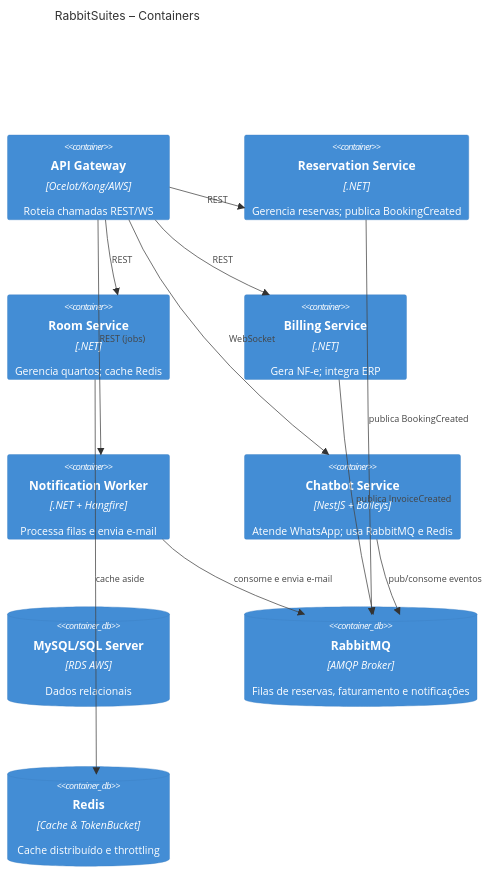
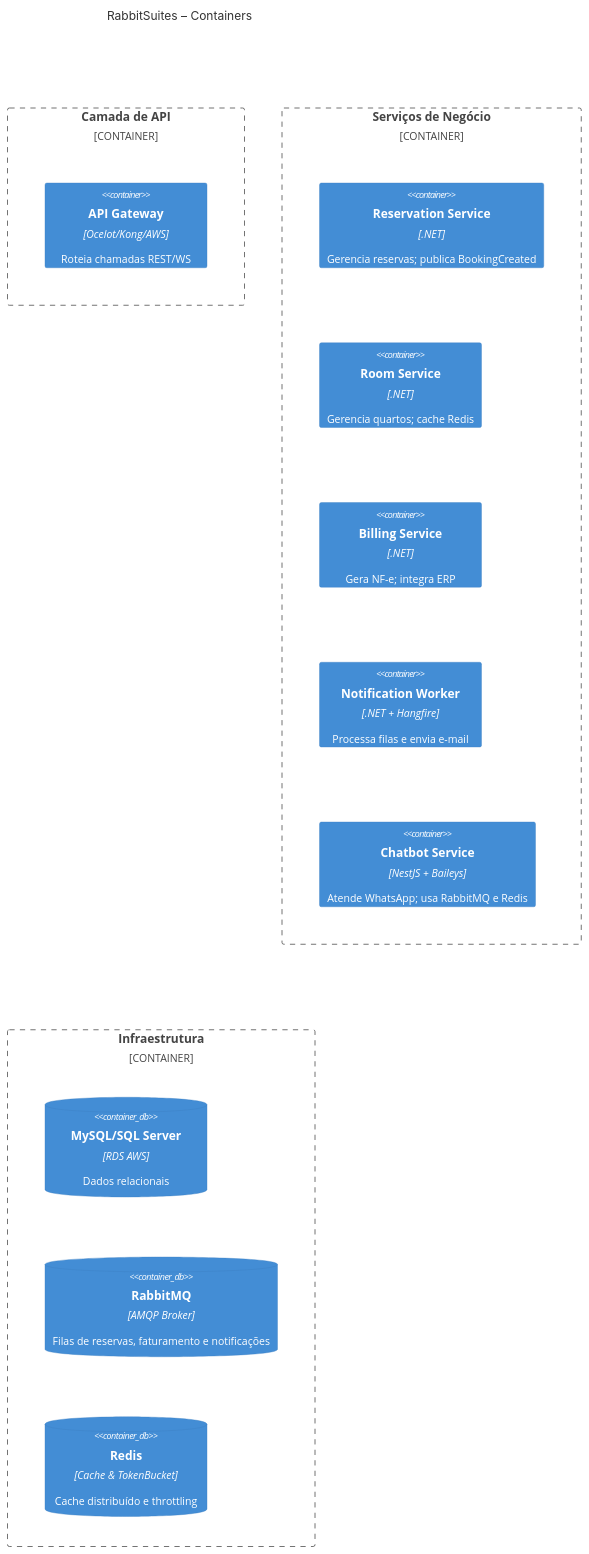
The second of 3 diagrams in README.md (gustavojose136/portifolio-catolicasc), drawn with Mermaid before and after one commit. The commit also changed other lines of this file, not shown here.

Commit message:
Ajuste no mermaid

````diff
--- a/README.md
+++ b/README.md
@@ -194,23 +203,22 @@
 ```mermaid
 C4Container
     title RabbitSuites – Containers
-    Container(apiGateway, "API Gateway", "Ocelot/Kong/AWS", "Roteia chamadas REST/WS")
-    Container(reservationSvc, "Reservation Service", ".NET", "Gerencia reservas; publica BookingCreated")
-    Container(roomSvc, "Room Service", ".NET", "Gerencia quartos; cache Redis")
-    Container(billingSvc, "Billing Service", ".NET", "Gera NF-e; integra ERP")
-    Container(notificationSvc, "Notification Worker", ".NET + Hangfire", "Processa filas e envia e-mail")
-    Container(chatbotSvc, "Chatbot Service", "NestJS + Baileys", "Atende WhatsApp; usa RabbitMQ e Redis")
-    ContainerDb(mysql, "MySQL/SQL Server", "RDS AWS", "Dados relacionais")
-    ContainerDb(rabbit, "RabbitMQ", "AMQP Broker", "Filas de reservas, faturamento e notificações")
-    ContainerDb(redis, "Redis", "Cache & TokenBucket", "Cache distribuído e throttling")
-    Rel(apiGateway, reservationSvc, "REST")
-    Rel(apiGateway, roomSvc, "REST")
-    Rel(apiGateway, billingSvc, "REST")
-    Rel(apiGateway, notificationSvc, "REST (jobs)")
-    Rel(apiGateway, chatbotSvc, "WebSocket")
-    Rel(reservationSvc, rabbit, "publica BookingCreated")
-    Rel(billingSvc, rabbit, "publica InvoiceCreated")
-    Rel(notificationSvc, rabbit, "consome e envia e-mail")
-    Rel(chatbotSvc, rabbit, "pub/consome eventos")
-    Rel(roomSvc, redis, "cache aside")
+
+    Container_Boundary(api_boundary, "Camada de API") {
+        Container(apiGateway, "API Gateway", "Ocelot/Kong/AWS", "Roteia chamadas REST/WS")
+    }
+
+    Container_Boundary(svc_boundary, "Serviços de Negócio") {
+        Container(reservationSvc, "Reservation Service", ".NET", "Gerencia reservas; publica BookingCreated")
+        Container(roomSvc, "Room Service", ".NET", "Gerencia quartos; cache Redis")
+        Container(billingSvc, "Billing Service", ".NET", "Gera NF-e; integra ERP")
+        Container(notificationSvc, "Notification Worker", ".NET + Hangfire", "Processa filas e envia e-mail")
+        Container(chatbotSvc, "Chatbot Service", "NestJS + Baileys", "Atende WhatsApp; usa RabbitMQ e Redis")
+    }
+
+    Container_Boundary(db_boundary, "Infraestrutura") {
+        ContainerDb(mysql, "MySQL/SQL Server", "RDS AWS", "Dados relacionais")
+        ContainerDb(rabbit, "RabbitMQ", "AMQP Broker", "Filas de reservas, faturamento e notificações")
+        ContainerDb(redis, "Redis", "Cache & TokenBucket", "Cache distribuído e throttling")
+    }
 ```
````
